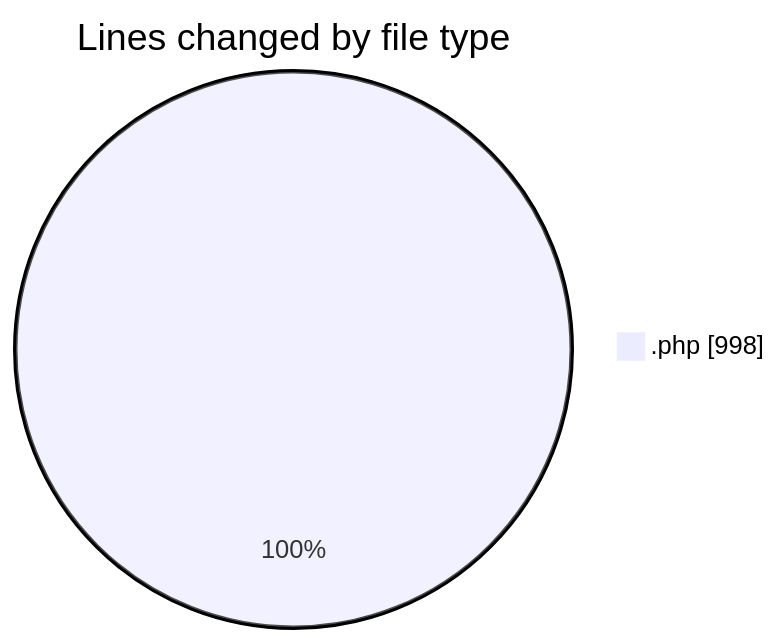
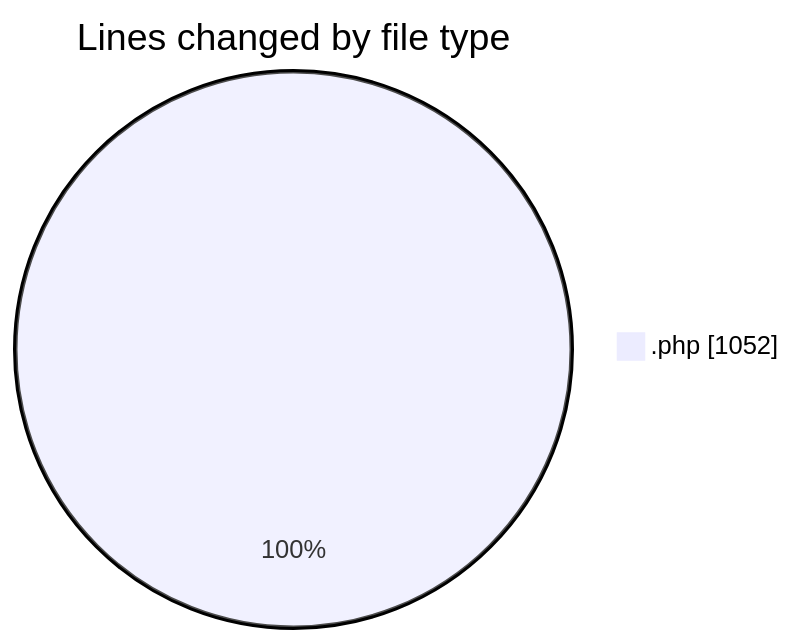
Before and after one commit to debugP/code-tracking: the first of 2 diagrams in 2025-09-24/plugins/README.md, drawn with Mermaid. The commit also changed other lines of this file and 1 other file, not shown here.

````diff
--- a/2025-09-24/plugins/README.md
+++ b/2025-09-24/plugins/README.md
@@ -20,5 +20,5 @@
 ```mermaid
 pie showData
 title Lines changed by file type
-".php" : 998
+".php" : 1052
 ```
````
